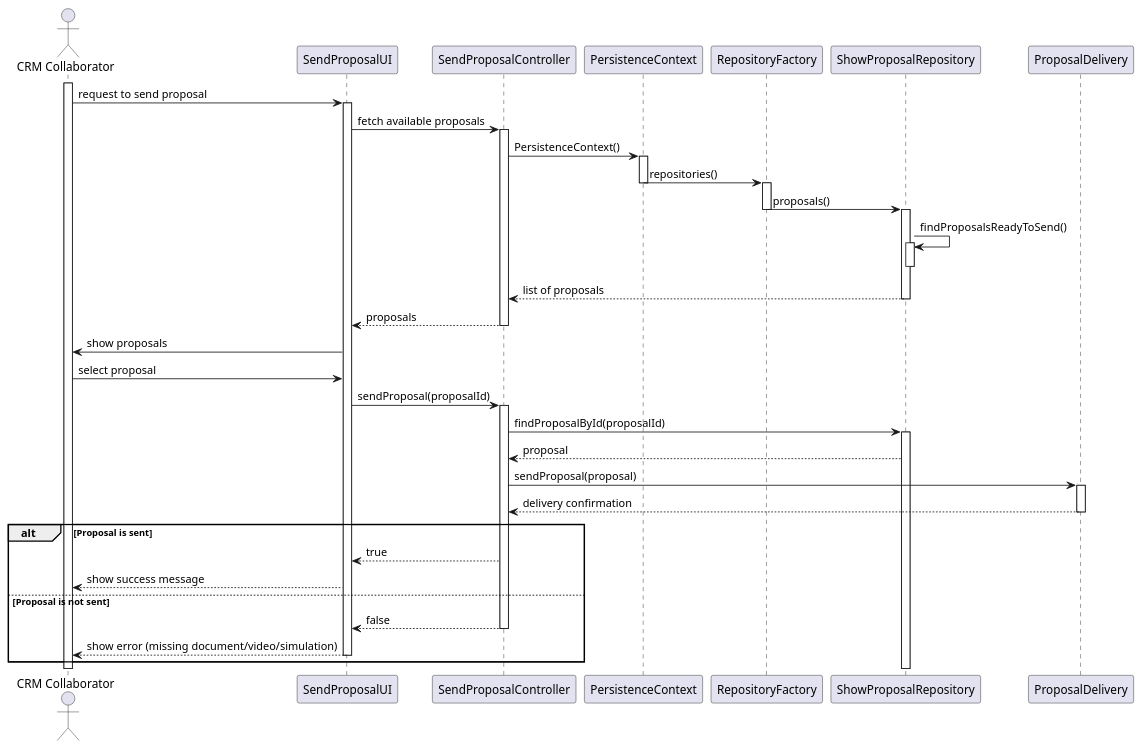
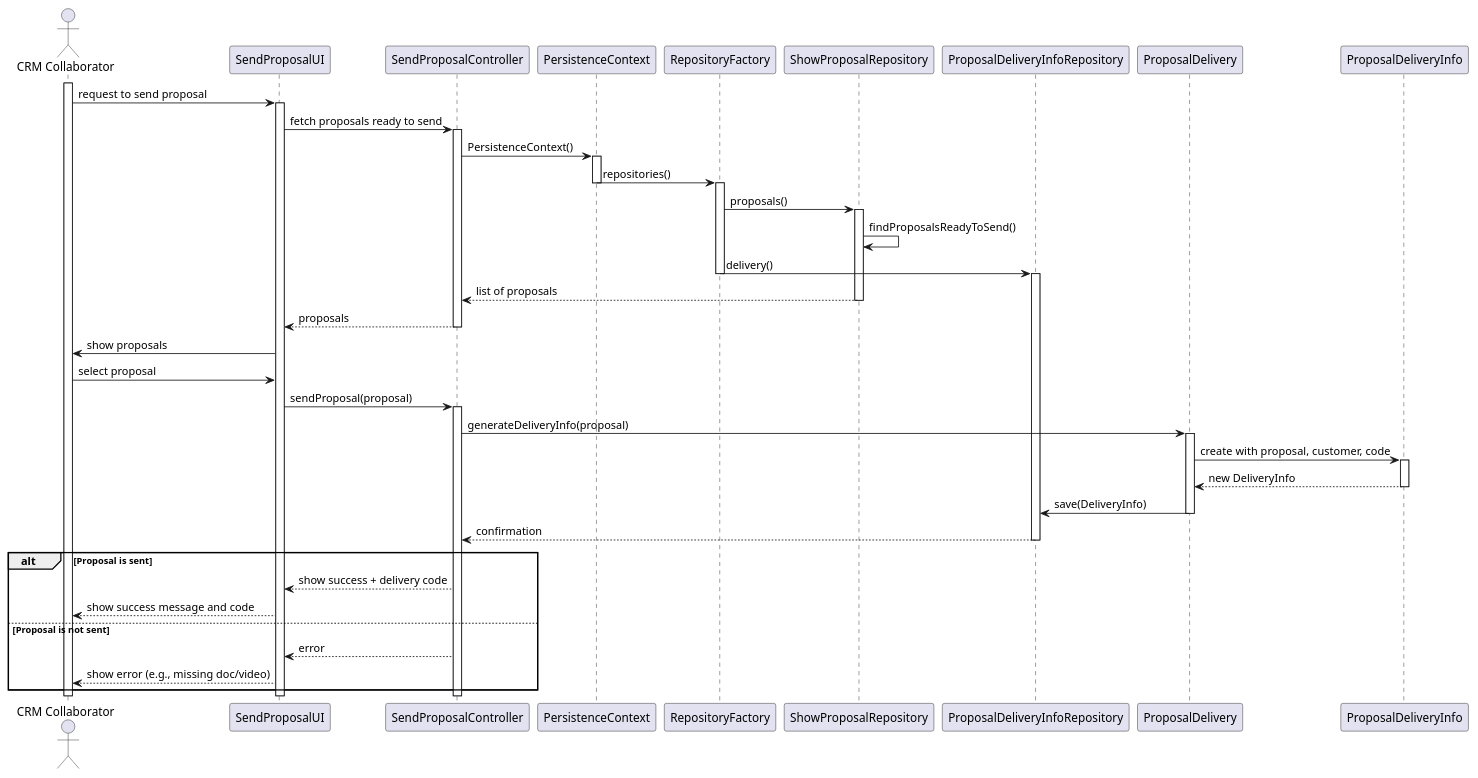
One commit to diogoveirospro/sem4pi-2024-2025-sem4pi_2024_2025_g44 changed the diagram in docs/SPRINT_3/US316/puml/sequence_diagram_us316.puml. Above: the diagram before and after it, drawn with PlantUML. The commit also changed 6 other files, not shown here.

```diff
--- a/docs/SPRINT_3/US316/puml/sequence_diagram_us316.puml
+++ b/docs/SPRINT_3/US316/puml/sequence_diagram_us316.puml
@@ -1,66 +1,76 @@
 @startuml
 actor "CRM Collaborator" as User
 participant "SendProposalUI" as UI
 participant "SendProposalController" as Controller
 participant "PersistenceContext" as Persistence
 participant "RepositoryFactory" as Factory
-participant "ShowProposalRepository" as Repo
-participant "ProposalDelivery" as Delivery
+participant "ShowProposalRepository" as ProposalRepo
+participant "ProposalDeliveryInfoRepository" as DeliveryRepo
+participant "ProposalDelivery" as DeliveryService
+participant "ProposalDeliveryInfo" as DeliveryInfo
 
 activate User
 
 User -> UI : request to send proposal
 activate UI
 
-UI -> Controller : fetch available proposals
+UI -> Controller : fetch proposals ready to send
 activate Controller
 
 Controller -> Persistence : PersistenceContext()
 activate Persistence
 
 Persistence -> Factory : repositories()
 deactivate Persistence
 
 activate Factory
-Factory -> Repo : proposals()
+Factory -> ProposalRepo : proposals()
+activate ProposalRepo
+
+ProposalRepo -> ProposalRepo : findProposalsReadyToSend()
+Factory -> DeliveryRepo : delivery()
 deactivate Factory
+activate DeliveryRepo
 
-activate Repo
-Repo -> Repo : findProposalsReadyToSend()
-activate Repo
-deactivate Repo
+deactivate DeliveryRepo
+deactivate DeliveryRepo
 
-Repo --> Controller : list of proposals
-deactivate Repo
+
+ProposalRepo --> Controller : list of proposals
+deactivate ProposalRepo
 
 Controller --> UI : proposals
 deactivate Controller
 
 UI -> User : show proposals
 User -> UI : select proposal
 
-UI -> Controller : sendProposal(proposalId)
+UI -> Controller : sendProposal(proposal)
 activate Controller
 
-Controller -> Repo : findProposalById(proposalId)
-activate Repo
+Controller -> DeliveryService : generateDeliveryInfo(proposal)
+activate DeliveryService
 
-Repo --> Controller : proposal
+DeliveryService -> DeliveryInfo : create with proposal, customer, code
+activate DeliveryInfo
+DeliveryInfo --> DeliveryService : new DeliveryInfo
+deactivate DeliveryInfo
 
-Controller -> Delivery : sendProposal(proposal)
-activate Delivery
+DeliveryService -> DeliveryRepo : save(DeliveryInfo)
+deactivate DeliveryService
 
-Delivery --> Controller : delivery confirmation
-deactivate Delivery
+DeliveryRepo --> Controller : confirmation
+deactivate DeliveryRepo
 
 alt Proposal is sent
-    Controller --> UI : true
-    UI --> User : show success message
+    Controller --> UI : show success + delivery code
+    UI --> User : show success message and code
 else Proposal is not sent
-    Controller --> UI : false
-    deactivate Controller
+    Controller --> UI : error
+    UI --> User : show error (e.g., missing doc/video)
+end
 
-    UI --> User : show error (missing document/video/simulation)
-    deactivate UI
-end
+deactivate Controller
+deactivate UI
+deactivate User
 @enduml
```
